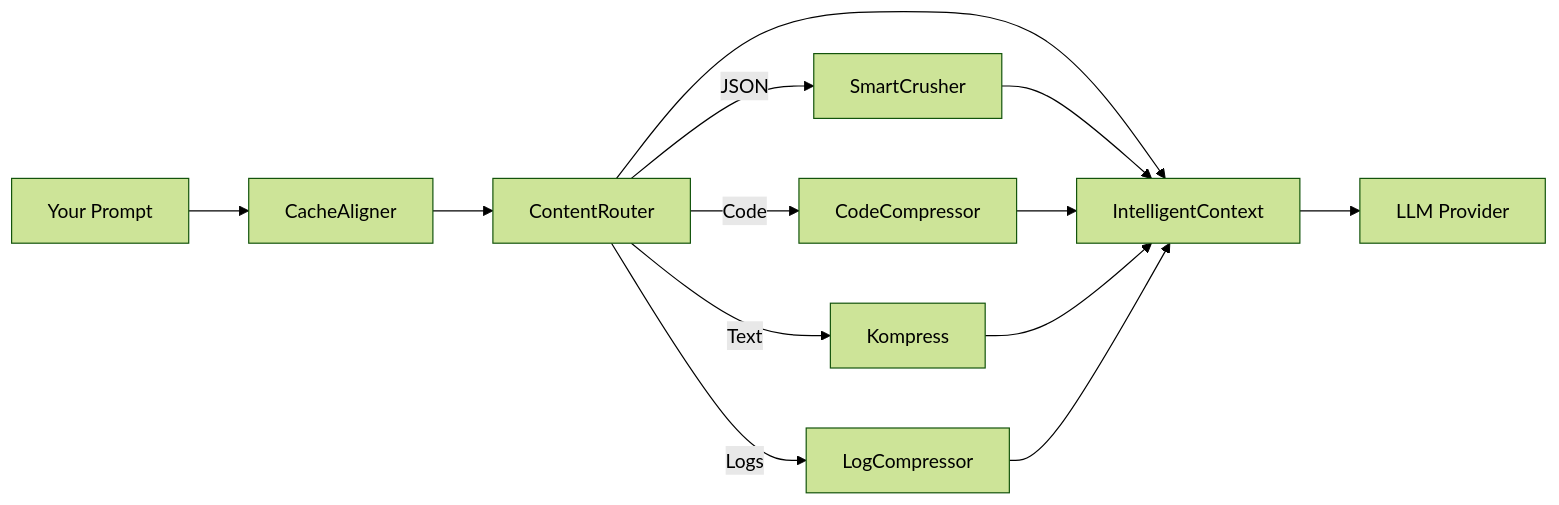
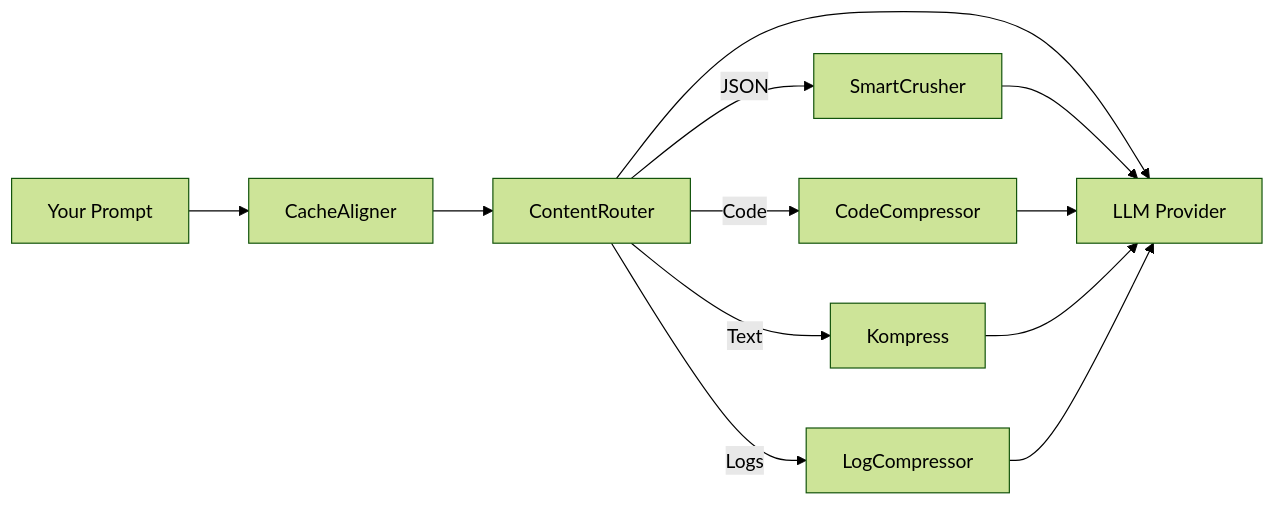
The diagram in wiki/index.md (olek-soft-engineer/head-room), drawn with Mermaid (forest theme) before and after one commit. The commit also changed other lines of this file and 22 other files, not shown here.

First line of the commit message:
docs: sync README + benchmarks with code (drop retired IntelligentContext/RollingWindow) (#1545)

````diff
--- a/wiki/index.md
+++ b/wiki/index.md
@@ -241,17 +241,16 @@
 ```mermaid
 graph LR
     A[Your Prompt] --> B[CacheAligner]
     B --> C[ContentRouter]
-    C --> D[IntelligentContext]
-    D --> E[LLM Provider]
+    C --> E[LLM Provider]
 
     C -->|JSON| F[SmartCrusher]
     C -->|Code| G[CodeCompressor]
     C -->|Text| H[Kompress]
     C -->|Logs| I[LogCompressor]
 
-    F --> D
-    G --> D
-    H --> D
-    I --> D
+    F --> E
+    G --> E
+    H --> E
+    I --> E
 ```
````
